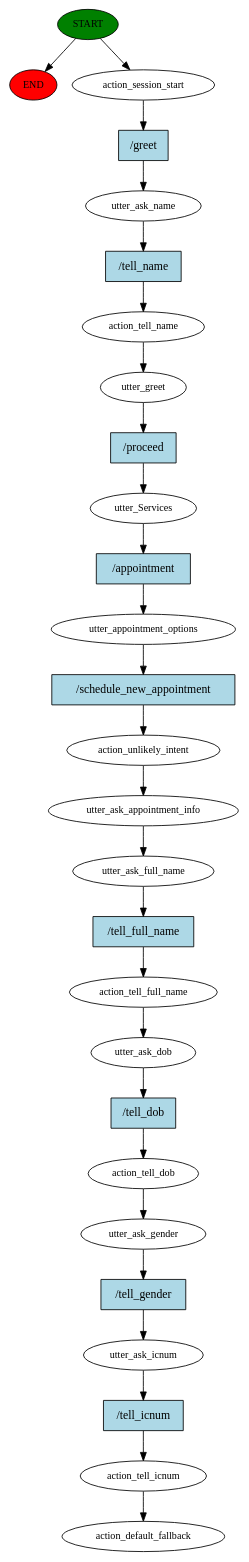
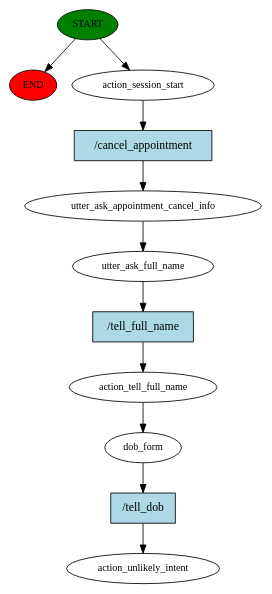
One commit to chowdhuryshakur/pcmc_ai_bot changed the diagram in story_graph.dot. Above: the diagram before and after it, drawn with Graphviz. The commit also changed 177 other files, not shown here.

```diff
--- a/story_graph.dot
+++ b/story_graph.dot
@@ -1,55 +1,23 @@
 digraph  {
 0 [class="start active", fillcolor=green, fontsize=12, label=START, style=filled];
 "-1" [class=end, fillcolor=red, fontsize=12, label=END, style=filled];
 1 [class=active, fontsize=12, label=action_session_start];
-2 [class=active, fontsize=12, label=utter_ask_name];
-3 [class=active, fontsize=12, label=action_tell_name];
-4 [class=active, fontsize=12, label=utter_greet];
-5 [class=active, fontsize=12, label=utter_Services];
-6 [class=active, fontsize=12, label=utter_appointment_options];
-7 [class=active, fontsize=12, label=action_unlikely_intent];
-8 [class=active, fontsize=12, label=utter_ask_appointment_info];
-9 [class=active, fontsize=12, label=utter_ask_full_name];
-10 [class=active, fontsize=12, label=action_tell_full_name];
-11 [class=active, fontsize=12, label=utter_ask_dob];
-12 [class=active, fontsize=12, label=action_tell_dob];
-13 [class=active, fontsize=12, label=utter_ask_gender];
-14 [class=active, fontsize=12, label=utter_ask_icnum];
-15 [class=active, fontsize=12, label=action_tell_icnum];
-16 [class="dashed active", fontsize=12, label=action_default_fallback];
-17 [class="intent active", fillcolor=lightblue, label="/greet", shape=rect, style=filled];
-18 [class="intent active", fillcolor=lightblue, label="/tell_name", shape=rect, style=filled];
-19 [class="intent active", fillcolor=lightblue, label="/proceed", shape=rect, style=filled];
-20 [class="intent active", fillcolor=lightblue, label="/appointment", shape=rect, style=filled];
-21 [class="intent active", fillcolor=lightblue, label="/schedule_new_appointment", shape=rect, style=filled];
-22 [class="intent active", fillcolor=lightblue, label="/tell_full_name", shape=rect, style=filled];
-23 [class="intent active", fillcolor=lightblue, label="/tell_dob", shape=rect, style=filled];
-24 [class="intent active", fillcolor=lightblue, label="/tell_gender", shape=rect, style=filled];
-25 [class="intent active", fillcolor=lightblue, label="/tell_icnum", shape=rect, style=filled];
+2 [class=active, fontsize=12, label=utter_ask_appointment_cancel_info];
+3 [class=active, fontsize=12, label=utter_ask_full_name];
+4 [class=active, fontsize=12, label=action_tell_full_name];
+5 [class=active, fontsize=12, label=dob_form];
+6 [class="dashed active", fontsize=12, label=action_unlikely_intent];
+7 [class="intent active", fillcolor=lightblue, label="/cancel_appointment", shape=rect, style=filled];
+8 [class="intent active", fillcolor=lightblue, label="/tell_full_name", shape=rect, style=filled];
+9 [class="intent active", fillcolor=lightblue, label="/tell_dob", shape=rect, style=filled];
 0 -> "-1"  [class="", key=NONE, label=""];
 0 -> 1  [class=active, key=NONE, label=""];
-1 -> 17  [class=active, key=0];
-2 -> 18  [class=active, key=0];
-3 -> 4  [class=active, key=NONE, label=""];
-4 -> 19  [class=active, key=0];
-5 -> 20  [class=active, key=0];
-6 -> 21  [class=active, key=0];
-7 -> 8  [class=active, key=NONE, label=""];
-8 -> 9  [class=active, key=NONE, label=""];
-9 -> 22  [class=active, key=0];
-10 -> 11  [class=active, key=NONE, label=""];
-11 -> 23  [class=active, key=0];
-12 -> 13  [class=active, key=NONE, label=""];
-13 -> 24  [class=active, key=0];
-14 -> 25  [class=active, key=0];
-15 -> 16  [class=active, key=NONE, label=""];
-17 -> 2  [class=active, key=0];
-18 -> 3  [class=active, key=0];
-19 -> 5  [class=active, key=0];
-20 -> 6  [class=active, key=0];
-21 -> 7  [class=active, key=0];
-22 -> 10  [class=active, key=0];
-23 -> 12  [class=active, key=0];
-24 -> 14  [class=active, key=0];
-25 -> 15  [class=active, key=0];
+1 -> 7  [class=active, key=0];
+2 -> 3  [class=active, key=NONE, label=""];
+3 -> 8  [class=active, key=0];
+4 -> 5  [class=active, key=NONE, label=""];
+5 -> 9  [class=active, key=0];
+7 -> 2  [class=active, key=0];
+8 -> 4  [class=active, key=0];
+9 -> 6  [class=active, key=0];
 }
```
